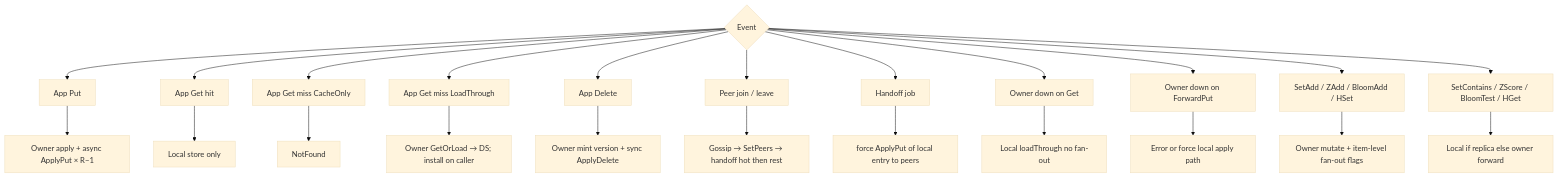
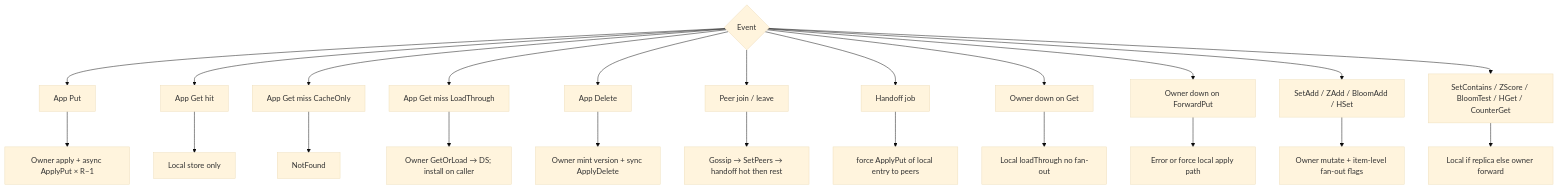
One commit to Code0987/supercache changed diagram 18 of 18 in docs/CLUSTER_FLOWS.md. Above: the diagram before and after it, drawn with Mermaid (base theme). The commit also changed other lines of this file and 49 other files, not shown here.

````diff
--- a/docs/CLUSTER_FLOWS.md
+++ b/docs/CLUSTER_FLOWS.md
@@ -398,26 +399,26 @@
 ```mermaid
 flowchart TD
   E{"Event"} --> E1["App Put"]
   E --> E2["App Get hit"]
   E --> E3["App Get miss CacheOnly"]
   E --> E4["App Get miss LoadThrough"]
   E --> E5["App Delete"]
   E --> E6["Peer join / leave"]
   E --> E7["Handoff job"]
   E --> E8["Owner down on Get"]
   E --> E9["Owner down on ForwardPut"]
   E --> E10["SetAdd / ZAdd / BloomAdd / HSet"]
-  E --> E11["SetContains / ZScore / BloomTest / HGet"]
+  E --> E11["SetContains / ZScore / BloomTest / HGet / CounterGet"]
 
   E1 --> A1["Owner apply + async ApplyPut × R−1"]
   E2 --> A2["Local store only"]
   E3 --> A3["NotFound"]
   E4 --> A4["Owner GetOrLoad → DS; install on caller"]
   E5 --> A5["Owner mint version + sync ApplyDelete"]
   E6 --> A6["Gossip → SetPeers → handoff hot then rest"]
   E7 --> A7["force ApplyPut of local entry to peers"]
   E8 --> A8["Local loadThrough no fan-out"]
   E9 --> A9["Error or force local apply path"]
   E10 --> A10["Owner mutate + item-level fan-out flags"]
   E11 --> A11["Local if replica else owner forward"]
 ```
````
